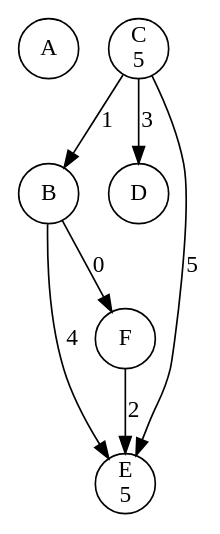
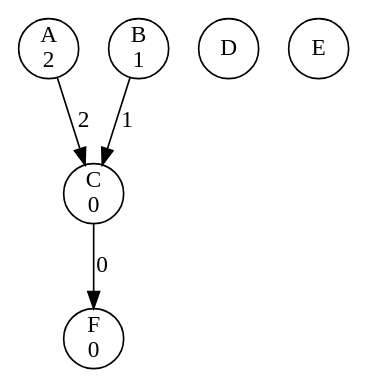
One commit to li23179/GO changed the diagram in concurrency-lab-2/bank/out/0000000007.gv. Above: the diagram before and after it, drawn with Graphviz. The commit also changed 148 other files, not shown here.

```diff
--- a/concurrency-lab-2/bank/out/0000000007.gv
+++ b/concurrency-lab-2/bank/out/0000000007.gv
@@ -1,14 +1,11 @@
 digraph bank {
-	 0 [label= "A\n" , pos= "1,0!" , shape=circle, fixedsize=true, width=0.5 ]
-	 1 [label= "B\n" , pos= "0,1!" , shape=circle, fixedsize=true, width=0.5 ]
-	 2 [label= "C\n5" , pos= "1,2!" , shape=circle, fixedsize=true, width=0.5 ]
+	 0 [label= "A\n2" , pos= "1,0!" , shape=circle, fixedsize=true, width=0.5 ]
+	 1 [label= "B\n1" , pos= "0,1!" , shape=circle, fixedsize=true, width=0.5 ]
+	 2 [label= "C\n0" , pos= "1,2!" , shape=circle, fixedsize=true, width=0.5 ]
 	 3 [label= "D\n" , pos= "2,2!" , shape=circle, fixedsize=true, width=0.5 ]
-	 4 [label= "E\n5" , pos= "3,1!" , shape=circle, fixedsize=true, width=0.5 ]
-	 5 [label= "F\n" , pos= "2,0!" , shape=circle, fixedsize=true, width=0.5 ]
-	 "2" -> "4" [label= "5" ]
-	 "1" -> "5" [label= "0" ]
-	 "1" -> "4" [label= "4" ]
-	 "5" -> "4" [label= "2" ]
-	 "2" -> "1" [label= "1" ]
-	 "2" -> "3" [label= "3" ]
+	 4 [label= "E\n" , pos= "3,1!" , shape=circle, fixedsize=true, width=0.5 ]
+	 5 [label= "F\n0" , pos= "2,0!" , shape=circle, fixedsize=true, width=0.5 ]
+	 "0" -> "2" [label= "2" ]
+	 "1" -> "2" [label= "1" ]
+	 "2" -> "5" [label= "0" ]
 }
```
